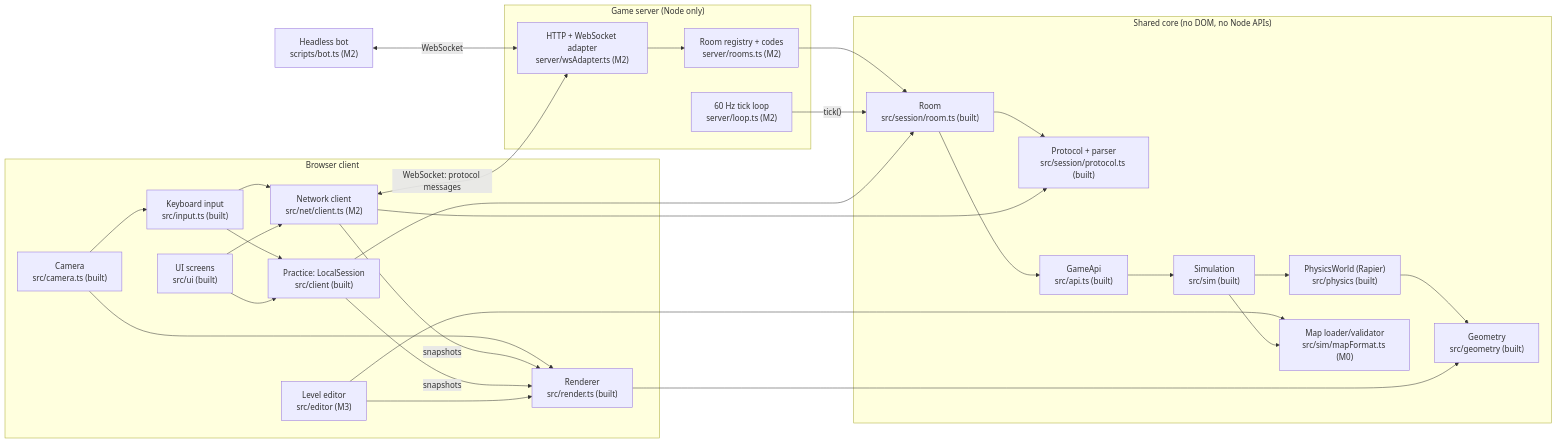
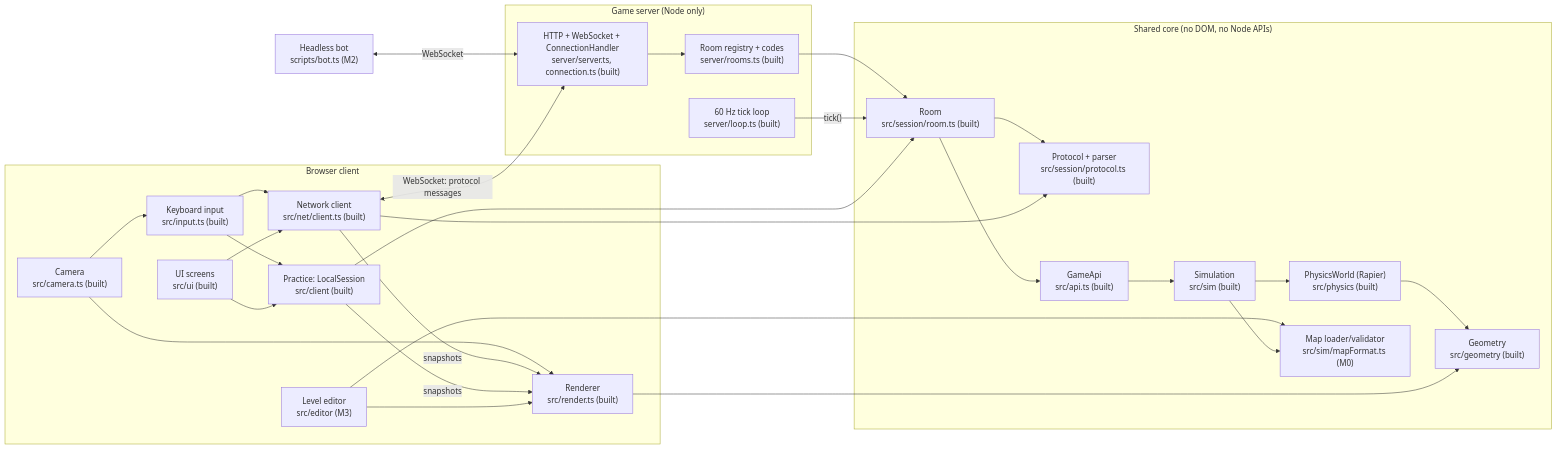
The first of 5 diagrams in spec/architecture.md (j1010001/aibuild-bulanci-test-1), drawn with Mermaid before and after one commit. The commit also changed other lines of this file and 6 other files, not shown here.

````diff
--- a/spec/architecture.md
+++ b/spec/architecture.md
@@ -20,52 +20,52 @@
 ```mermaid
 flowchart LR
   subgraph Browser["Browser client"]
     UI["UI screens<br/>src/ui (built)"]
     Input["Keyboard input<br/>src/input.ts (built)"]
     Camera["Camera<br/>src/camera.ts (built)"]
     Renderer["Renderer<br/>src/render.ts (built)"]
-    NetClient["Network client<br/>src/net/client.ts (M2)"]
+    NetClient["Network client<br/>src/net/client.ts (built)"]
     Editor["Level editor<br/>src/editor (M3)"]
     PracticeRoom["Practice: LocalSession<br/>src/client (built)"]
   end
 
   subgraph Core["Shared core (no DOM, no Node APIs)"]
     Room["Room<br/>src/session/room.ts (built)"]
     Protocol["Protocol + parser<br/>src/session/protocol.ts (built)"]
     GameApi["GameApi<br/>src/api.ts (built)"]
     Sim["Simulation<br/>src/sim (built)"]
     Physics["PhysicsWorld (Rapier)<br/>src/physics (built)"]
     Geometry["Geometry<br/>src/geometry (built)"]
     MapFormat["Map loader/validator<br/>src/sim/mapFormat.ts (M0)"]
   end
 
   subgraph Server["Game server (Node only)"]
-    WS["HTTP + WebSocket adapter<br/>server/wsAdapter.ts (M2)"]
-    Registry["Room registry + codes<br/>server/rooms.ts (M2)"]
-    Loop["60 Hz tick loop<br/>server/loop.ts (M2)"]
+    WS["HTTP + WebSocket + ConnectionHandler<br/>server/server.ts, connection.ts (built)"]
+    Registry["Room registry + codes<br/>server/rooms.ts (built)"]
+    Loop["60 Hz tick loop<br/>server/loop.ts (built)"]
   end
 
   Bot["Headless bot<br/>scripts/bot.ts (M2)"]
 
   Input --> NetClient
   Input --> PracticeRoom
   Camera --> Input
   Camera --> Renderer
   NetClient <-->|"WebSocket: protocol messages"| WS
   Bot <-->|"WebSocket"| WS
   WS --> Registry --> Room
   Loop -->|"tick()"| Room
   PracticeRoom --> Room
   NetClient -->|"snapshots"| Renderer
   PracticeRoom -->|"snapshots"| Renderer
   UI --> NetClient
   UI --> PracticeRoom
   Editor --> MapFormat
   Editor --> Renderer
   Room --> GameApi --> Sim --> Physics
   Room --> Protocol
   NetClient --> Protocol
   Sim --> MapFormat
   Physics --> Geometry
   Renderer --> Geometry
 ```
````
